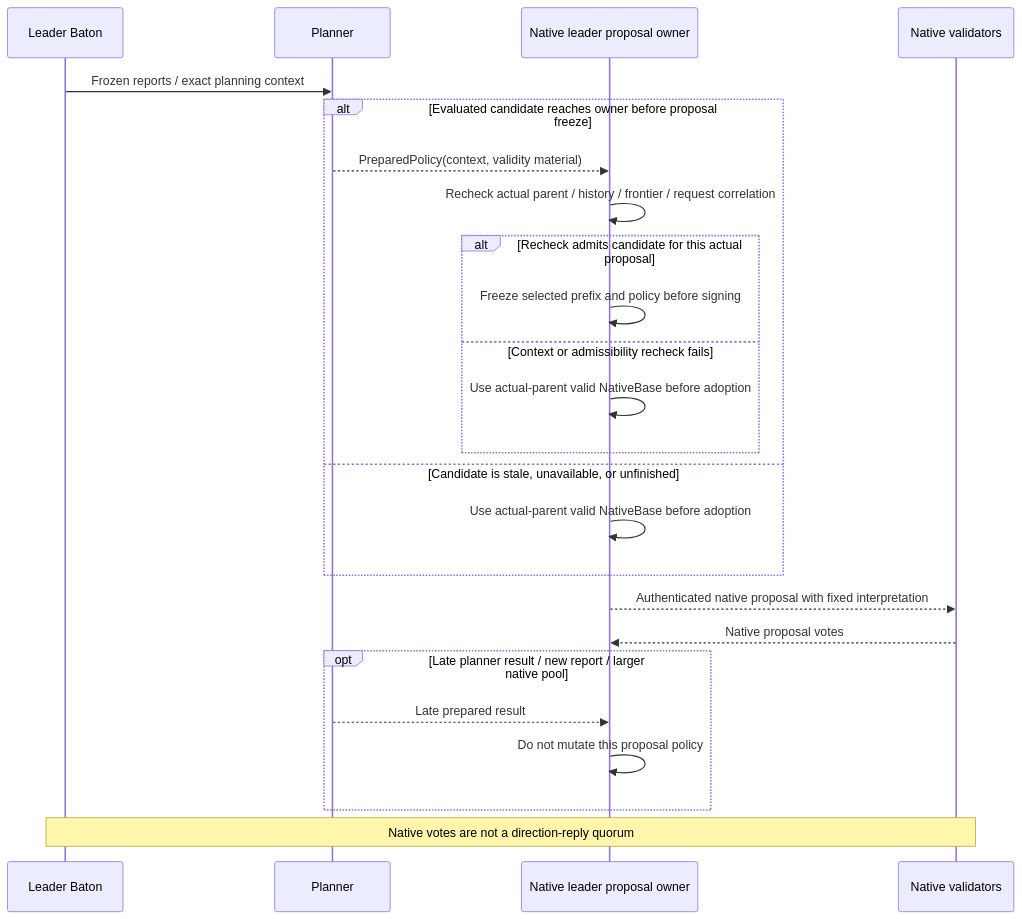
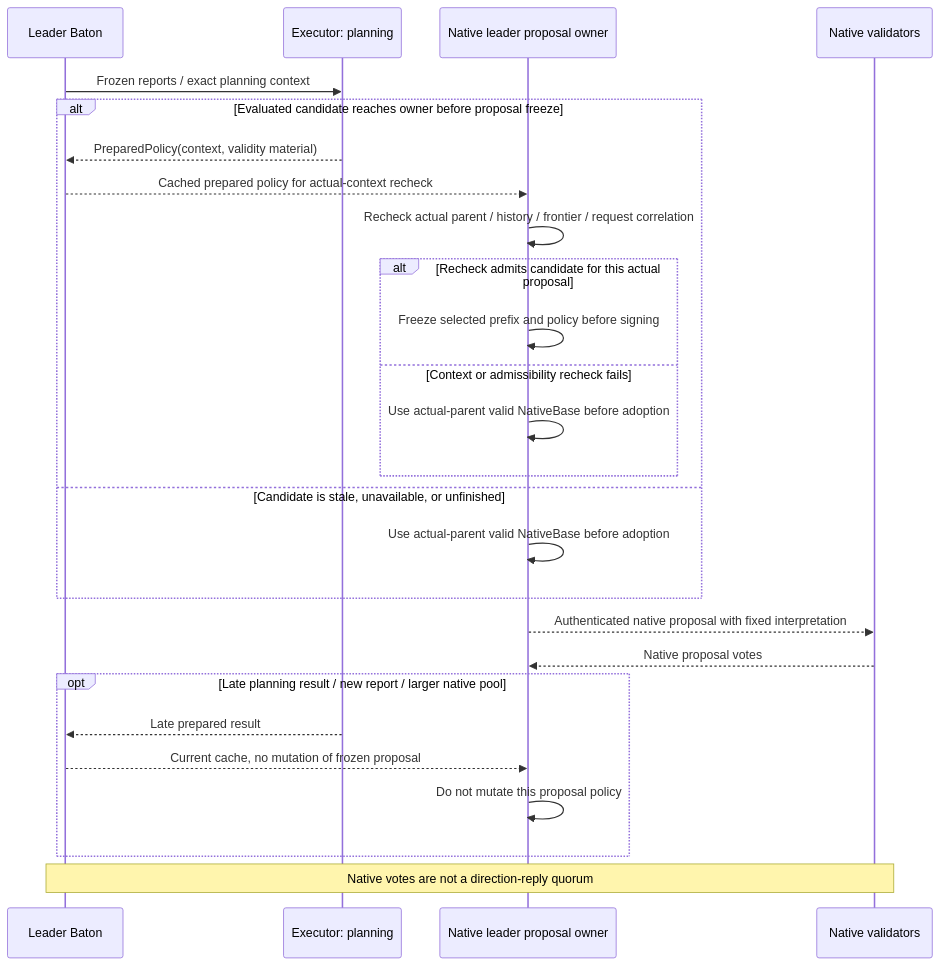
The second of 2 diagrams in docs/e2e/leader.md (djm07073/baton-research), drawn with Mermaid before and after one commit. The commit also changed other lines of this file and 61 other files, not shown here.

Commit message:
Merge planning and parent-linked execution tree into Executor

````diff
--- a/docs/e2e/leader.md
+++ b/docs/e2e/leader.md
@@ -44,26 +46,28 @@
 ```mermaid
 sequenceDiagram
     participant L as Leader Baton
-    participant P as Planner
+    participant P as Executor: planning
     participant N as Native leader proposal owner
     participant V as Native validators
     L->>P: Frozen reports / exact planning context
     alt Evaluated candidate reaches owner before proposal freeze
-        P-->>N: PreparedPolicy(context, validity material)
+        P-->>L: PreparedPolicy(context, validity material)
+        L-->>N: Cached prepared policy for actual-context recheck
         N->>N: Recheck actual parent / history / frontier / request correlation
         alt Recheck admits candidate for this actual proposal
             N->>N: Freeze selected prefix and policy before signing
         else Context or admissibility recheck fails
             N->>N: Use actual-parent valid NativeBase before adoption
         end
     else Candidate is stale, unavailable, or unfinished
         N->>N: Use actual-parent valid NativeBase before adoption
     end
     N-->>V: Authenticated native proposal with fixed interpretation
     V-->>N: Native proposal votes
-    opt Late planner result / new report / larger native pool
-        P-->>N: Late prepared result
+    opt Late planning result / new report / larger native pool
+        P-->>L: Late prepared result
+        L-->>N: Current cache, no mutation of frozen proposal
         N->>N: Do not mutate this proposal policy
     end
     Note over L,V: Native votes are not a direction-reply quorum
 ```
````
